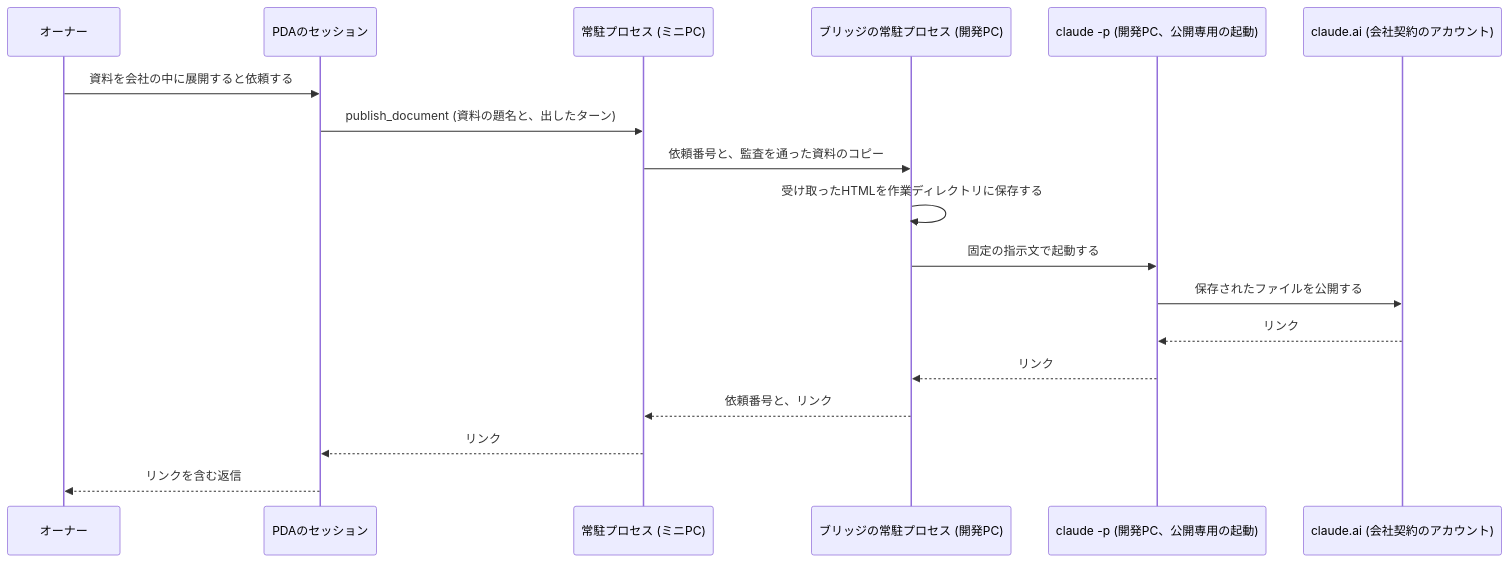
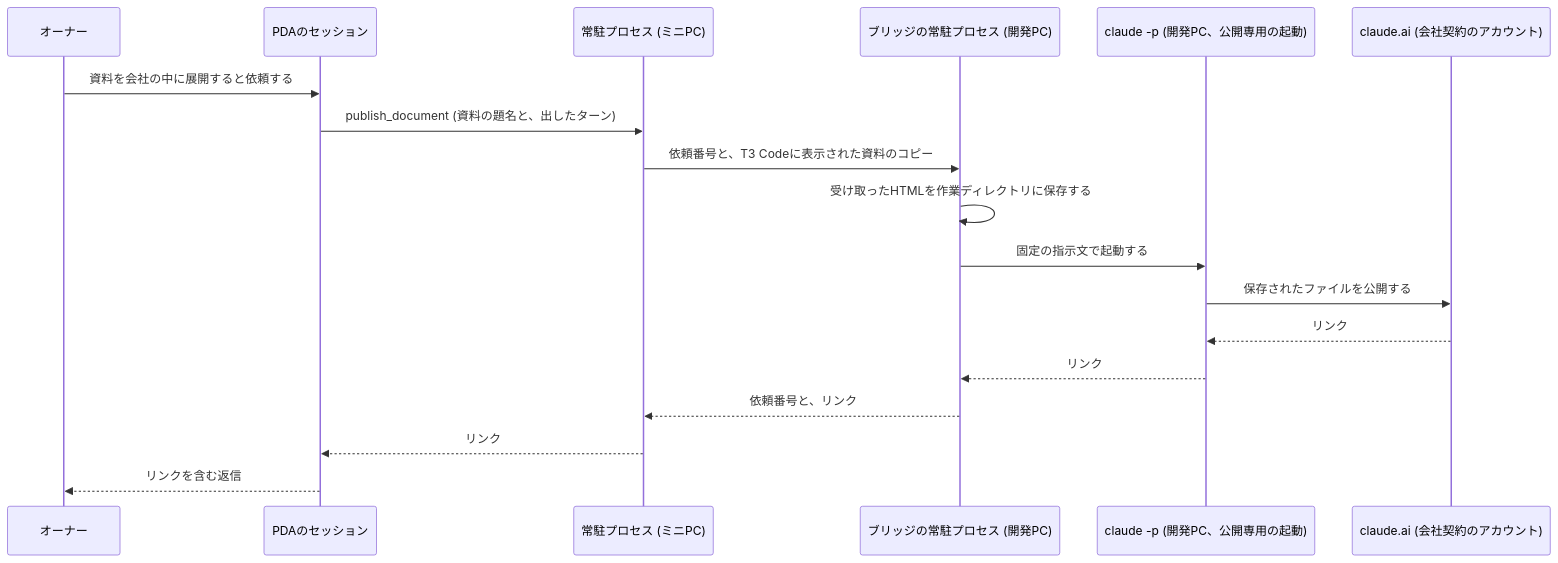
One commit to myurait/pda changed the third of 4 diagrams in docs/claude-unification/design-stage2.md. Above: the diagram before and after it, drawn with Mermaid. The commit also changed other lines of this file and 3 other files, not shown here.

````diff
--- a/docs/claude-unification/design-stage2.md
+++ b/docs/claude-unification/design-stage2.md
@@ -207,20 +198,20 @@
 ```mermaid
 sequenceDiagram
   participant O as オーナー
   participant S as PDAのセッション
   participant D as 常駐プロセス (ミニPC)
   participant B as ブリッジの常駐プロセス (開発PC)
   participant C as claude -p (開発PC、公開専用の起動)
   participant A as claude.ai (会社契約のアカウント)
   O->>S: 資料を会社の中に展開すると依頼する
   S->>D: publish_document (資料の題名と、出したターン)
-  D->>B: 依頼番号と、監査を通った資料のコピー
+  D->>B: 依頼番号と、T3 Codeに表示された資料のコピー
   B->>B: 受け取ったHTMLを作業ディレクトリに保存する
   B->>C: 固定の指示文で起動する
   C->>A: 保存されたファイルを公開する
   A-->>C: リンク
   C-->>B: リンク
   B-->>D: 依頼番号と、リンク
   D-->>S: リンク
   S-->>O: リンクを含む返信
 ```
````
